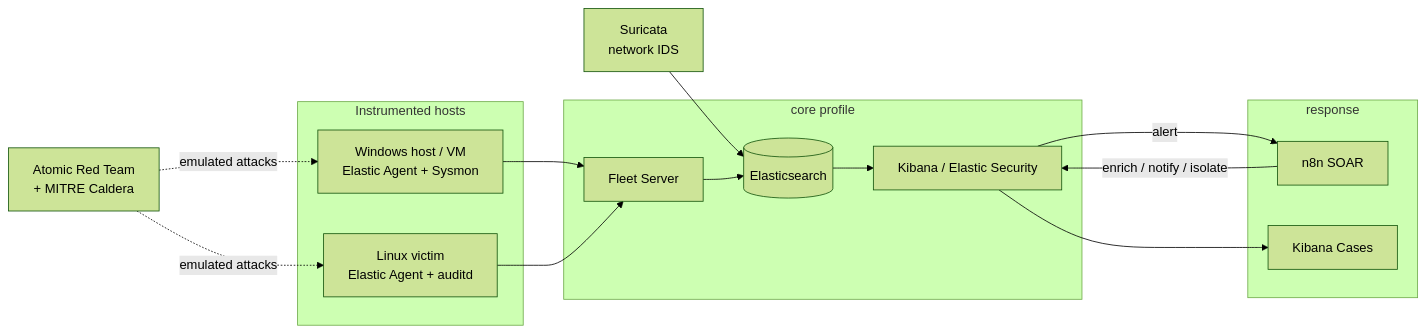
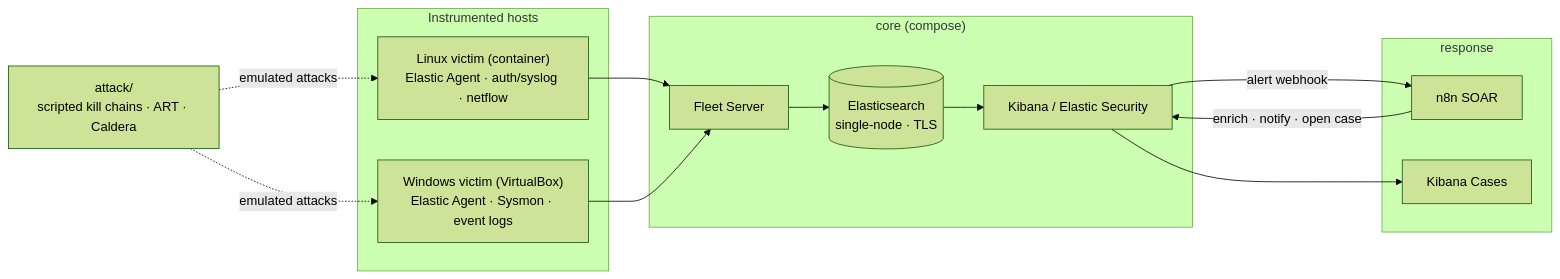
Before and after one commit to justinmreynolds93-afk/soc-in-a-box: the diagram in README.md, drawn with Mermaid (forest theme). The commit also changed other lines of this file, not shown here.

````diff
--- a/README.md
+++ b/README.md
@@ -35,27 +40,25 @@
 ```mermaid
 flowchart LR
     subgraph endpoints[Instrumented hosts]
-        WH[Windows host / VM<br/>Elastic Agent + Sysmon]
-        LV[Linux victim<br/>Elastic Agent + auditd]
+        LV["Linux victim (container)<br/>Elastic Agent · auth/syslog · netflow"]
+        WV["Windows victim (VirtualBox)<br/>Elastic Agent · Sysmon · event logs"]
     end
-    subgraph core[core profile]
+    subgraph core["core (compose)"]
         FS[Fleet Server]
-        ES[(Elasticsearch)]
+        ES[(Elasticsearch<br/>single-node · TLS)]
         KB[Kibana / Elastic Security]
     end
-    SUR[Suricata<br/>network IDS]
     subgraph resp[response]
         N8N[n8n SOAR]
         CASE[Kibana Cases]
     end
-    ATK[Atomic Red Team<br/>+ MITRE Caldera]
+    ATK["attack/<br/>scripted kill chains · ART · Caldera"]
 
-    WH --> FS
     LV --> FS
-    SUR --> ES
+    WV --> FS
     FS --> ES --> KB
-    KB -- alert --> N8N -- enrich / notify / isolate --> KB
+    KB -- alert webhook --> N8N -- enrich · notify · open case --> KB
     KB --> CASE
-    ATK -. emulated attacks .-> WH
     ATK -. emulated attacks .-> LV
+    ATK -. emulated attacks .-> WV
 ```
````
